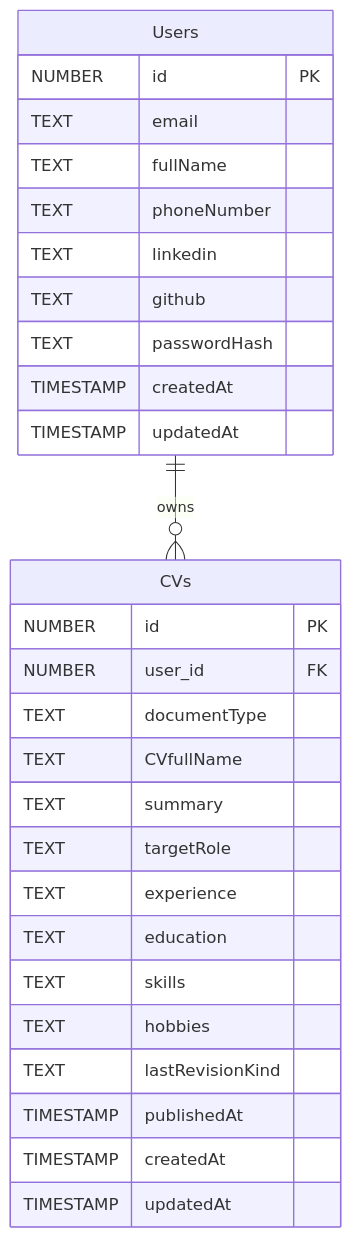
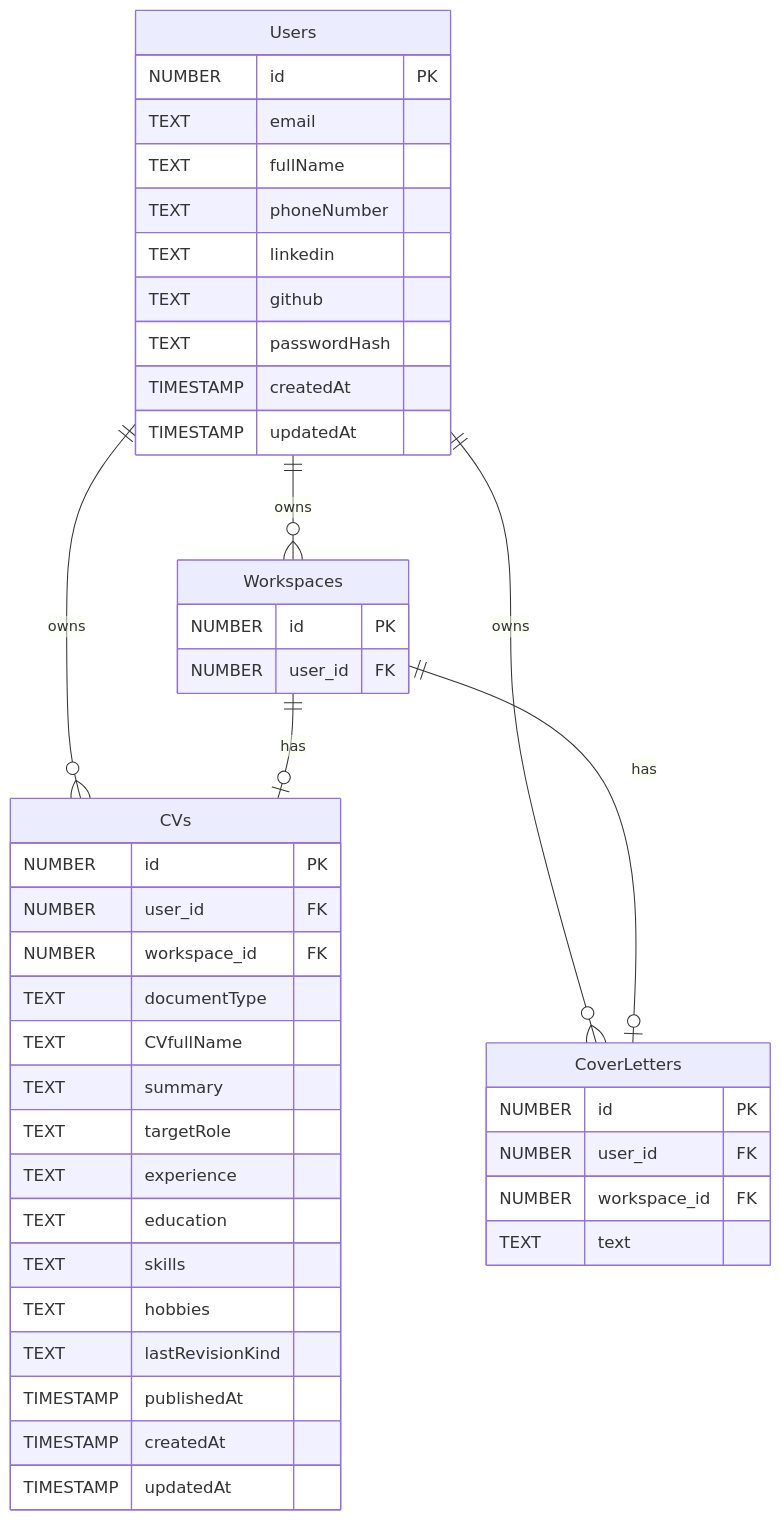
Before and after one commit to zachariaswik/Cevvy_classProj: the diagram in database/diagram.md, drawn with Mermaid. The commit also changed 41 other files, not shown here.

````diff
--- a/database/diagram.md
+++ b/database/diagram.md
@@ -3,33 +3,50 @@
 ```mermaid
 erDiagram
     Users {
         NUMBER id PK
         TEXT email
         TEXT fullName
         TEXT phoneNumber
         TEXT linkedin
         TEXT github
         TEXT passwordHash
         TIMESTAMP createdAt
         TIMESTAMP updatedAt
     }
 
+    Workspaces {
+        NUMBER id PK
+        NUMBER user_id FK
+    }
+
     CVs {
         NUMBER id PK
         NUMBER user_id FK
+        NUMBER workspace_id FK
         TEXT documentType
         TEXT CVfullName
         TEXT summary
         TEXT targetRole
         TEXT experience
         TEXT education
         TEXT skills
         TEXT hobbies
         TEXT lastRevisionKind
         TIMESTAMP publishedAt
         TIMESTAMP createdAt
         TIMESTAMP updatedAt
     }
 
+    CoverLetters {
+        NUMBER id PK
+        NUMBER user_id FK
+        NUMBER workspace_id FK
+        TEXT text
+    }
+
+    Users ||--o{ Workspaces : "owns"
     Users ||--o{ CVs : "owns"
+    Users ||--o{ CoverLetters : "owns"
+    Workspaces ||--o| CVs : "has"
+    Workspaces ||--o| CoverLetters : "has"
 ```
````
